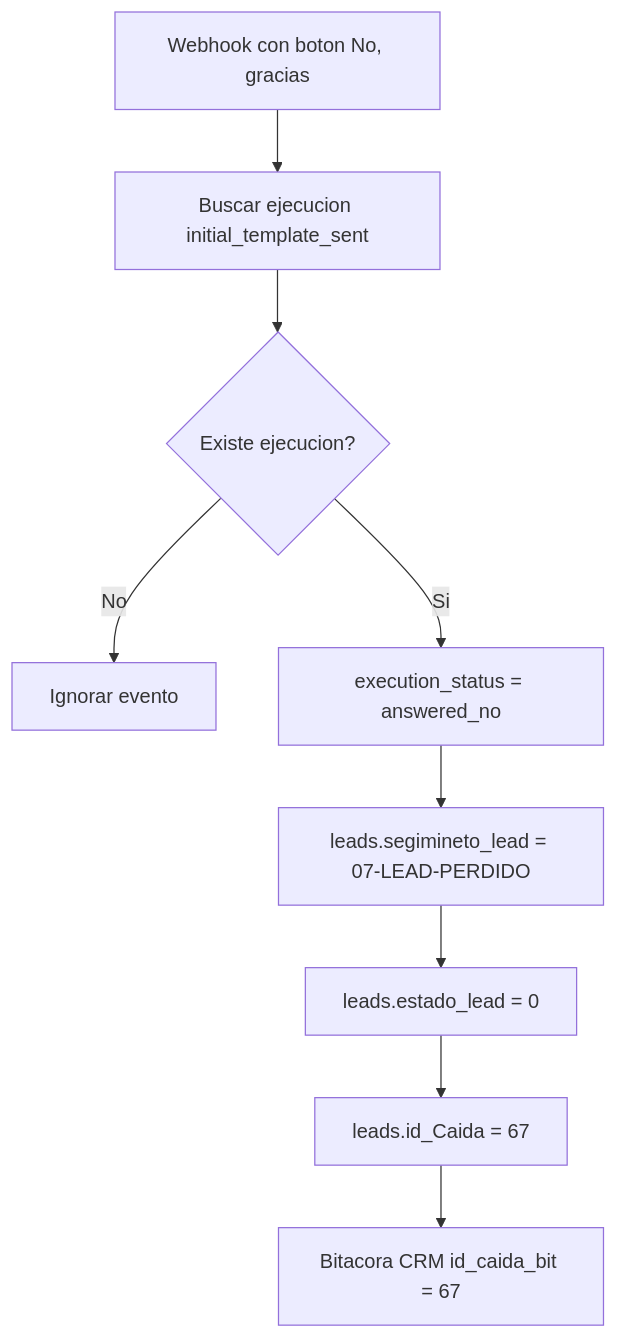
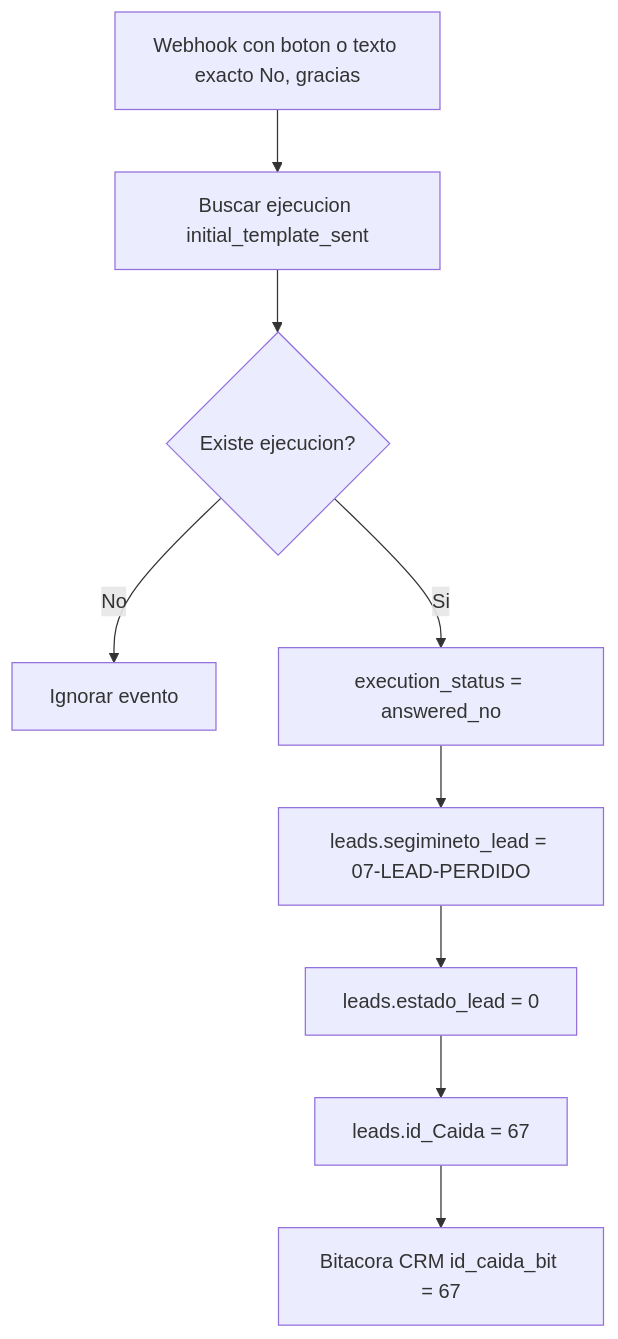
Before and after one commit to roccacr/CRM_VENTAS: the fourth of 7 diagrams in README.md, drawn with Mermaid. The commit also changed other lines of this file and 2 other files, not shown here.

Commit message:
Refine Kapso message processing to include exact text responses and update documentation accordingly. Enhance handling of user inputs by allowing specific text matches for 'Si, enviar informacion' and 'No, gracias', while ignoring ambiguous responses. Update tests to reflect new processing rules.

````diff
--- a/README.md
+++ b/README.md
@@ -329,11 +330,11 @@
 ```mermaid
 flowchart TD
-  A["Webhook con boton No, gracias"] --> B["Buscar ejecucion initial_template_sent"]
+  A["Webhook con boton o texto exacto No, gracias"] --> B["Buscar ejecucion initial_template_sent"]
   B --> C{"Existe ejecucion?"}
   C -- "No" --> X["Ignorar evento"]
   C -- "Si" --> D["execution_status = answered_no"]
   D --> E["leads.segimineto_lead = 07-LEAD-PERDIDO"]
   E --> F["leads.estado_lead = 0"]
   F --> G["leads.id_Caida = 67"]
   G --> H["Bitacora CRM id_caida_bit = 67"]
 ```
````
